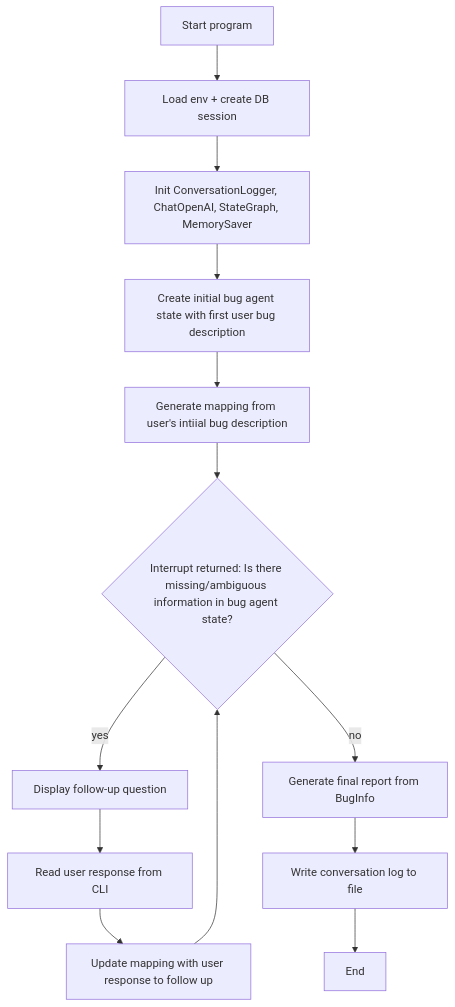
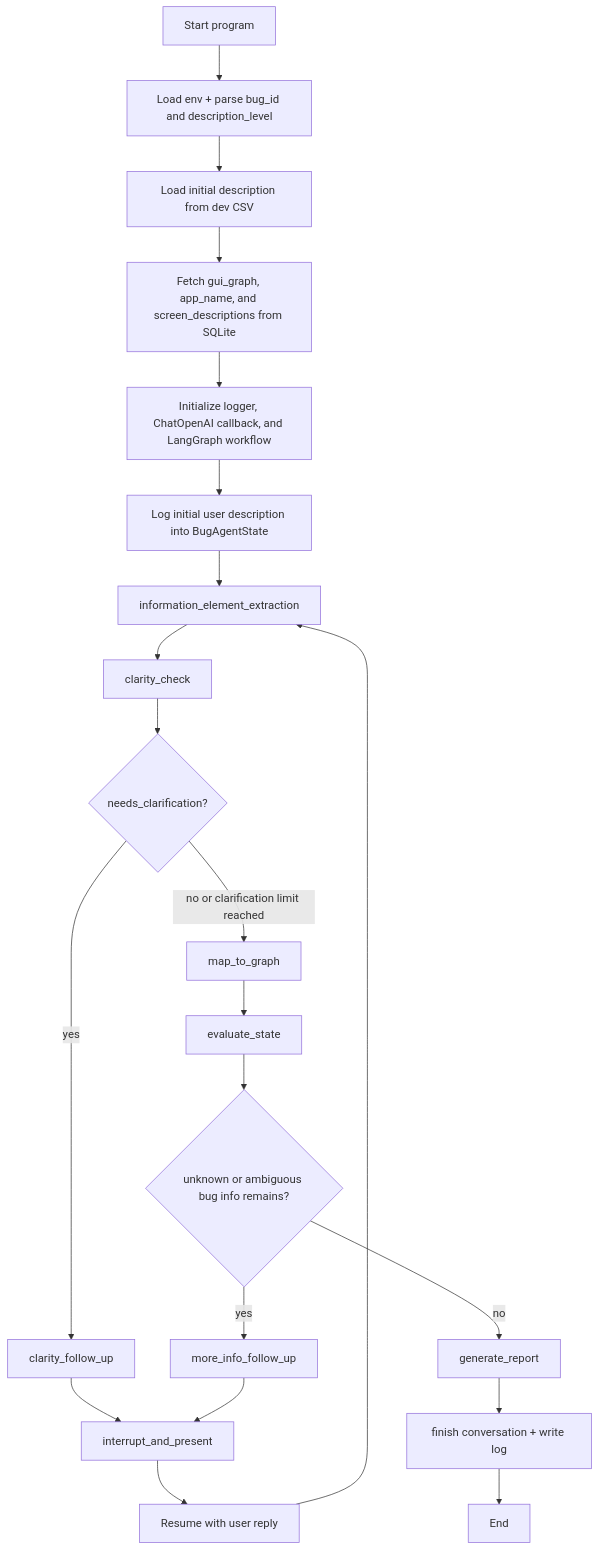
The second of 2 diagrams in ARCHITECTURE.md (sea-lab-wm/agentic_burt), drawn with Mermaid before and after one commit. The commit also changed other lines of this file and 11 other files, not shown here.

````diff
--- a/ARCHITECTURE.md
+++ b/ARCHITECTURE.md
@@ -31,17 +39,23 @@
 ```mermaid
 flowchart TD
-    A[Start program] --> B[Load env + create DB session]
-    B --> E[Init ConversationLogger, ChatOpenAI, StateGraph, MemorySaver]
-    E --> F[Create initial bug agent state with first user bug description]
-    F --> G[Generate mapping from user's intiial bug description]
-
-    G --> H{Interrupt returned: Is there missing/ambiguous information in bug agent state?}
-    H -->|yes| I[Display follow-up question]
-    I --> J[Read user response from CLI]
-    J --> K[Update mapping with user response to follow up]
-    K --> H
-
-    H -->|no| L[Generate final report from BugInfo]
-    L --> M[Write conversation log to file]
-    M --> N[End]
+    A[Start program] --> B[Load env + parse bug_id and description_level]
+    B --> C[Load initial description from dev CSV]
+    C --> D[Fetch gui_graph, app_name, and screen_descriptions from SQLite]
+    D --> E[Initialize logger, ChatOpenAI callback, and LangGraph workflow]
+    E --> F[Log initial user description into BugAgentState]
+    F --> G[information_element_extraction]
+    G --> H[clarity_check]
+    H --> I{needs_clarification?}
+    I -->|yes| J[clarity_follow_up]
+    J --> K[interrupt_and_present]
+    K --> L[Resume with user reply]
+    L --> G
+    I -->|no or clarification limit reached| M[map_to_graph]
+    M --> N[evaluate_state]
+    N --> O{unknown or ambiguous bug info remains?}
+    O -->|yes| P[more_info_follow_up]
+    P --> K
+    O -->|no| Q[generate_report]
+    Q --> R[finish conversation + write log]
+    R --> S[End]
 ```
````
